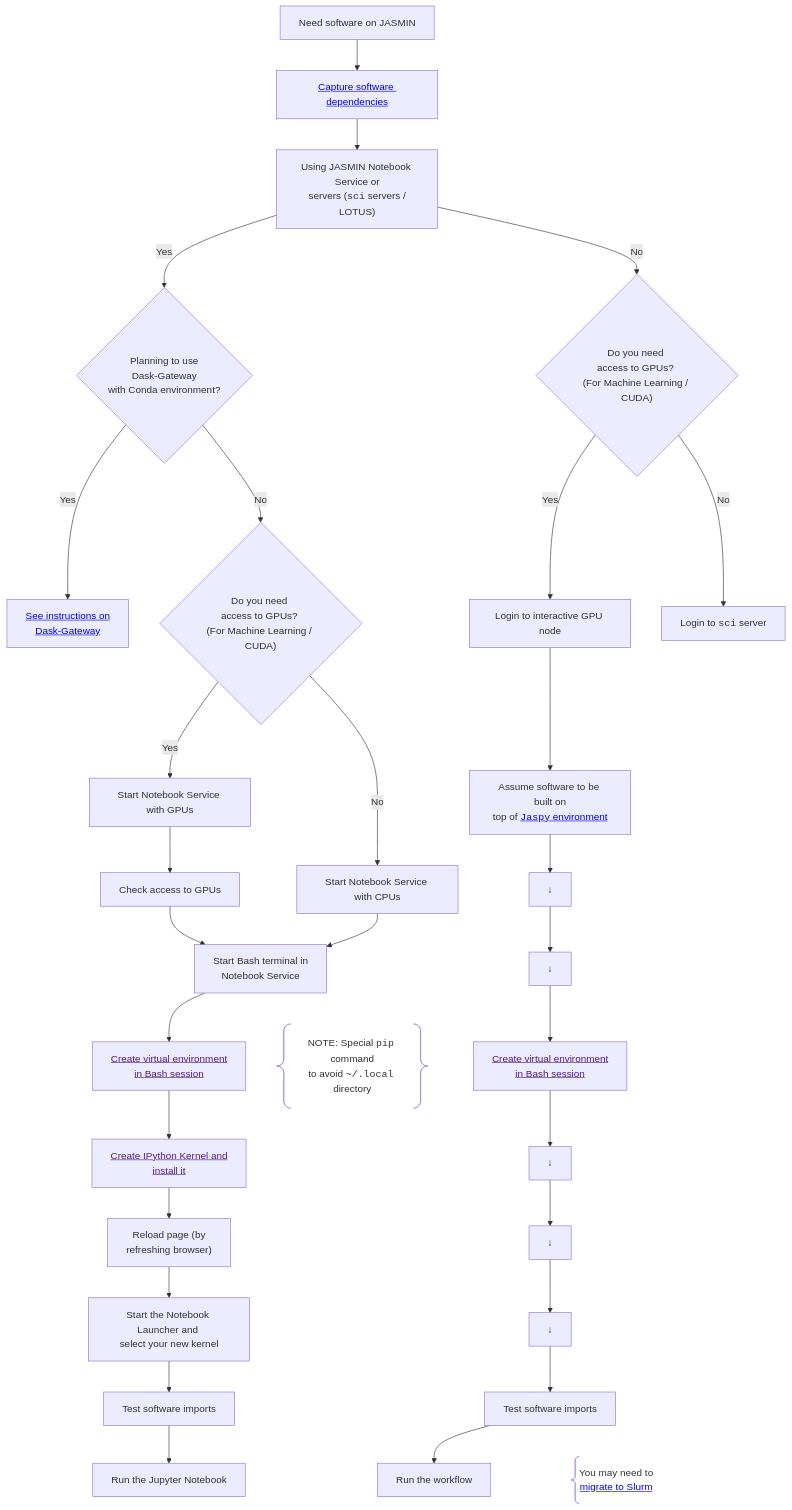
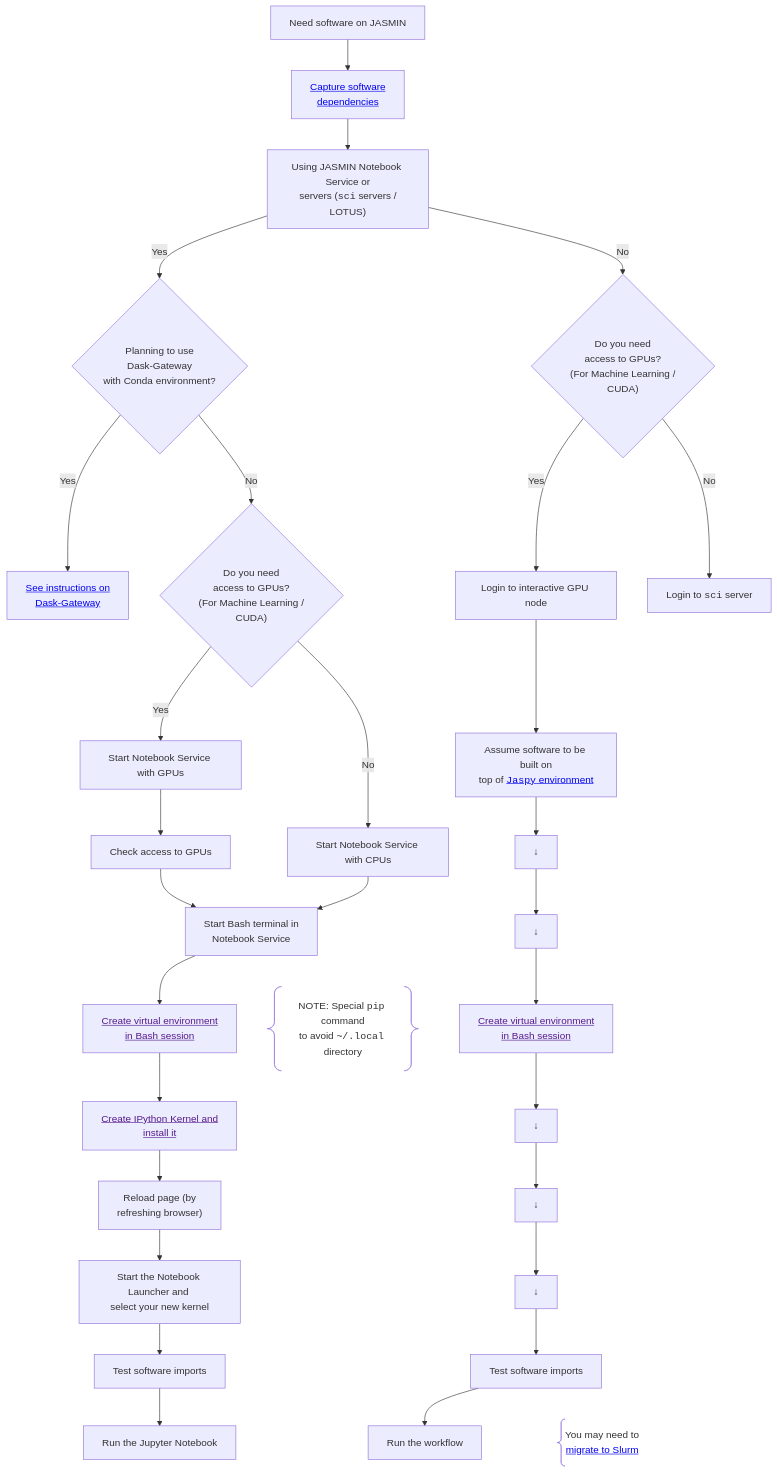
The second of 3 diagrams in README.md (agstephens/proto-jasmin-mermaid-docs), drawn with Mermaid before and after one commit.

Commit message:
Fix line breaks in flowchart links and labels

````diff
--- a/README.md
+++ b/README.md
@@ -105,52 +105,52 @@
 ```mermaid
 ---
   theme: 'default'
   themeVariables:
     fontSize: 9pt
 ---
 flowchart TD
     NEED[Need software on JASMIN] --> REQS
 
-    REQS[<a href="https://github.com/agstephens/proto-jasmin-mermaid-docs/blob/main/README.md#managing-your-dependencies-using-a-requirements-file">Capture software dependencies</a>]
+    REQS[<a href="https://github.com/agstephens/proto-jasmin-mermaid-docs/blob/main/README.md#managing-your-dependencies-using-a-requirements-file">Capture software <br/>dependencies</a>]
 
     REQS --> JNS[Using JASMIN Notebook <br/>Service or<br/> servers #40;<code>sci</code> servers / LOTUS#41;]
 
     JNS -->|Yes| DASK{Planning to use <br/>Dask-Gateway<br/>with Conda environment?}
 
     USE_DASK[<a href="https://github.com/agstephens/proto-jasmin-mermaid-docs/blob/main/README.md#using-dask-gateway">See instructions on <br/>Dask-Gateway</a>]
     DASK -->|Yes| USE_DASK
-    DASK -->|No| GPU_JNS{Do you need <br/>access to GPUs? <br/>#40;For Machine Learning / CUDA#41;}
+    DASK -->|No| GPU_JNS{Do you need <br/>access to GPUs? <br/>#40;For Machine Learning / <br/>CUDA#41;}
 
     GPU_JNS -->|Yes| START_JNS_GPU[Start Notebook Service with GPUs]
     GPU_JNS -->|No| START_JNS_CPU[Start Notebook Service with CPUs]
 
     START_JNS_GPU --> CHECK_GPU[Check access to GPUs]
 
     JNS_BASH[Start Bash terminal in <br/>Notebook Service]
 
     CHECK_GPU --> JNS_BASH    
     START_JNS_CPU --> JNS_BASH
 
     JNS_BASH --> VENV_JNS[<a href="">Create virtual environment <br/>in Bash session</a>]
     VENV_JNS --> KERNEL[<a href="">Create IPython Kernel and <br/>install it</a>]
     KERNEL --> RELOAD[Reload page #40;by <br/>refreshing browser#41;]
 
     RELOAD --> LAUNCH_NB[Start the Notebook Launcher and <br/>select your new kernel]
     LAUNCH_NB --> TEST_IMP_JNS[Test software imports]
 
     TEST_IMP_JNS --> RUN_NB[Run the Jupyter Notebook]
 
-    JNS -->|No| GPU_SCI{Do you need <br/>access to GPUs? <br/>#40;For Machine Learning / CUDA#41;}
+    JNS -->|No| GPU_SCI{Do you need <br/>access to GPUs? <br/>#40;For Machine Learning / <br/>CUDA#41;}
     GPU_SCI -->|Yes| LOGIN_GPU[Login to interactive GPU node]
     GPU_SCI -->|No| LOGIN_CPU[Login to <code>sci</code> server]
 
     LOGIN_GPU --> JASPY_BASE[Assume software to be built on<br/>top of <a href="https://help.jasmin.ac.uk/docs/software-on-jasmin/jaspy-envs/"><code>Jaspy</code> environment<a/>]
     JASPY_BASE --> _1[#darr;] --> _2[#darr;] --> VENV_SCI[<a href="">Create virtual environment <br/>in Bash session</a>]
 
     VENV_SCI --> _3[#darr;] --> _4[#darr;] --> _5[#darr;] --> TEST_IMP_SCI[Test software imports]
     TEST_IMP_SCI --> RUN_SCI[Run the workflow]
 
     JNS_BASH ~~~ C1@{ shape: braces, label: "NOTE: Special <code>pip</code> command<br/>to avoid <code>~/.local</code> directory" }
     TEST_IMP_SCI ~~~ C2@{ shape: brace-l, label: "You may need to<br/><a href="https://github.com/agstephens/proto-jasmin-mermaid-docs/blob/main/README.md#workflow-migration">migrate to Slurm</a>"}
 
 ```
````
